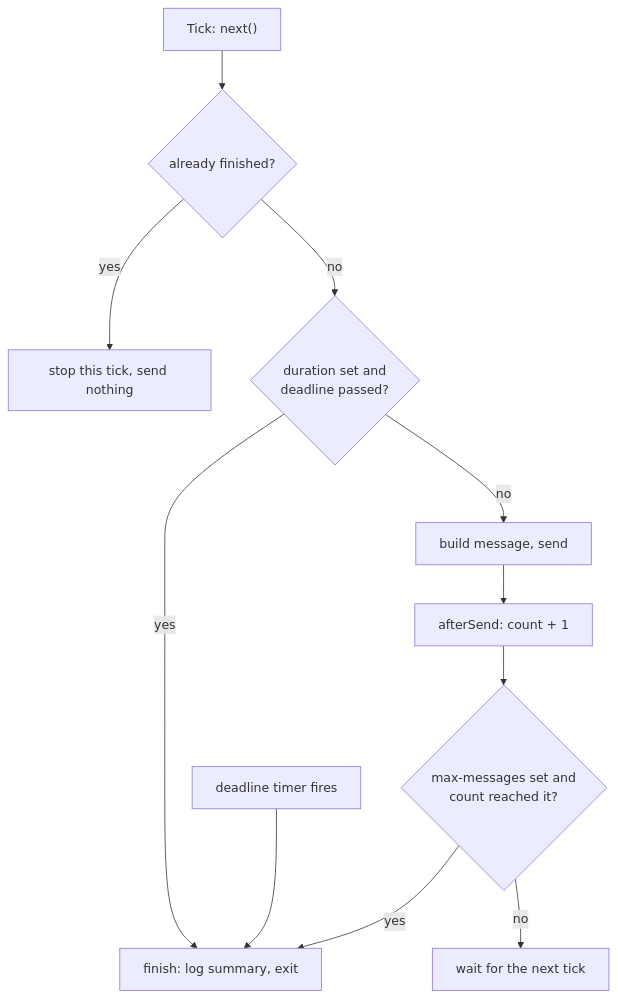
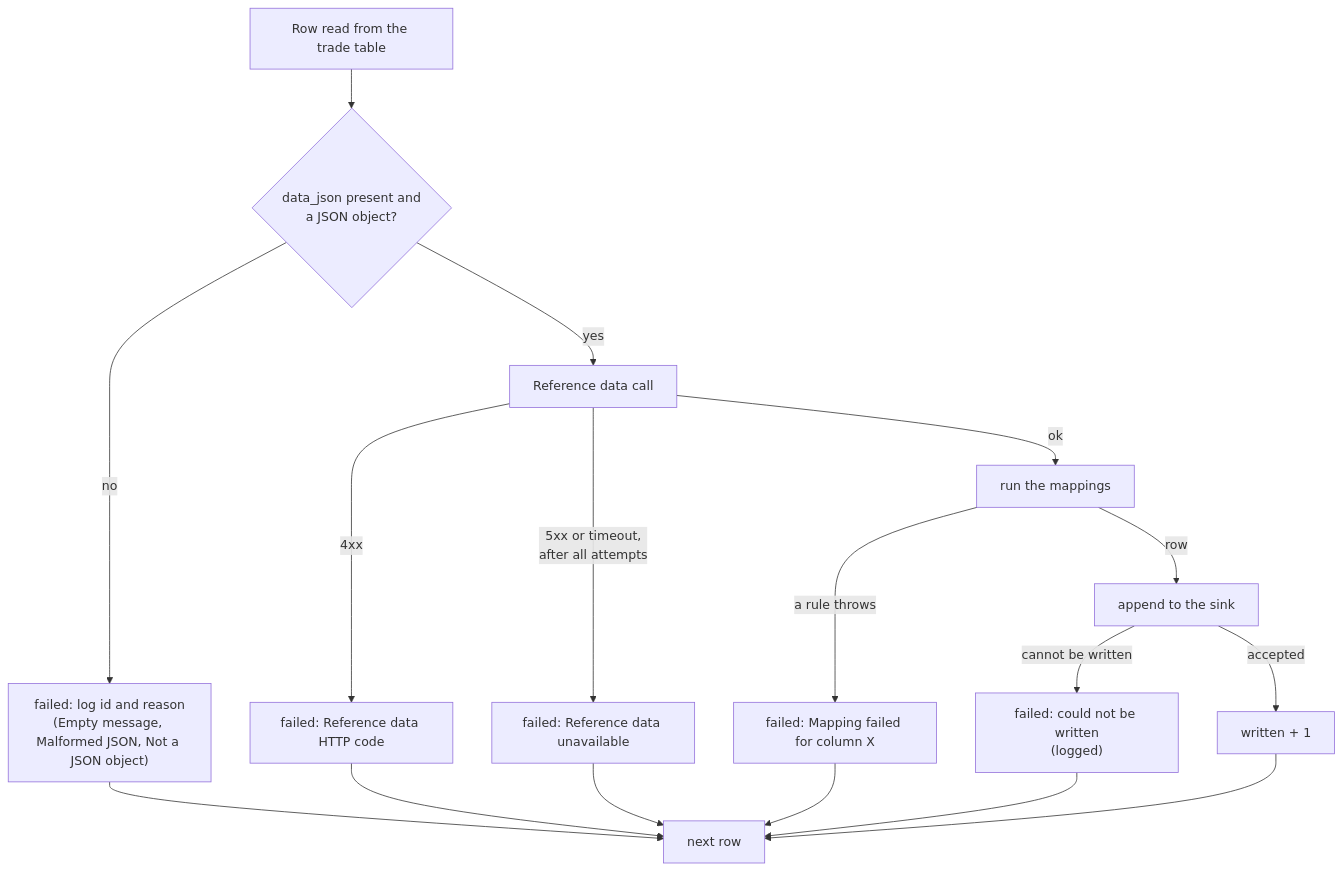
One commit to shanregs/msg-transformer changed diagram 13 of 13 in docs/c4-architecture.md. Above: the diagram before and after it, drawn with Mermaid. The commit also changed other lines of this file and 72 other files, not shown here.

First line of the commit message:
Read trades from a Postgres table instead of Kafka or files (#15)

````diff
--- a/docs/c4-architecture.md
+++ b/docs/c4-architecture.md
@@ -478,13 +429,19 @@
 ```mermaid
 flowchart TD
-    A["Tick: next()"] --> B{"already finished?"}
-    B -->|yes| Z["stop this tick, send nothing"]
-    B -->|no| C{"duration set and<br/>deadline passed?"}
-    C -->|yes| F["finish: log summary, exit"]
-    C -->|no| D["build message, send"]
-    D --> E["afterSend: count + 1"]
-    E --> G{"max-messages set and<br/>count reached it?"}
-    G -->|yes| F
-    G -->|no| H["wait for the next tick"]
-    DL["deadline timer fires"] --> F
+    A["Row read from the trade table"] --> B{"data_json present and<br/>a JSON object?"}
+    B -->|no| X["failed: log id and reason<br/>(Empty message, Malformed JSON, Not a JSON object)"]
+    B -->|yes| C["Reference data call"]
+    C -->|"4xx"| X2["failed: Reference data HTTP code"]
+    C -->|"5xx or timeout,<br/>after all attempts"| X3["failed: Reference data unavailable"]
+    C -->|ok| D["run the mappings"]
+    D -->|"a rule throws"| X4["failed: Mapping failed for column X"]
+    D -->|row| E["append to the sink"]
+    E -->|"cannot be written"| X5["failed: could not be written<br/>(logged)"]
+    E -->|accepted| OK["written + 1"]
+    X --> NEXT["next row"]
+    X2 --> NEXT
+    X3 --> NEXT
+    X4 --> NEXT
+    X5 --> NEXT
+    OK --> NEXT
 ```
````
